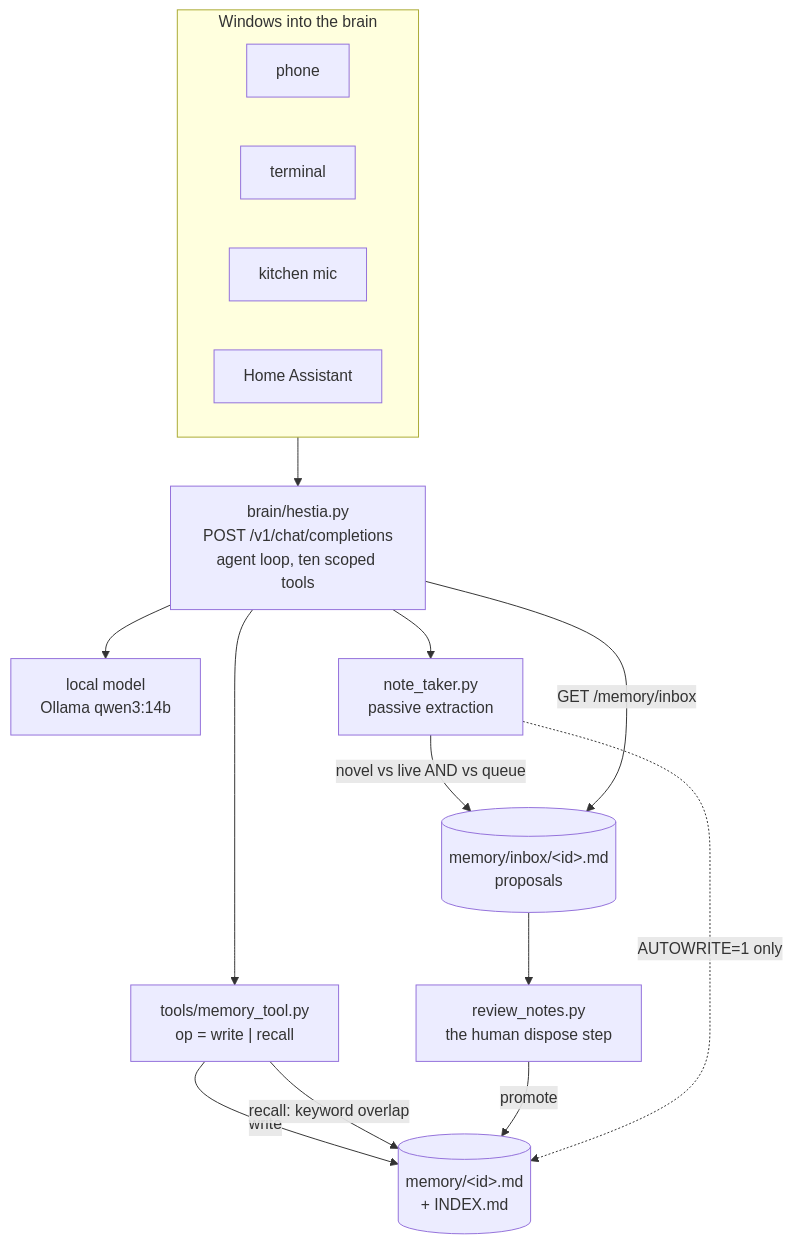
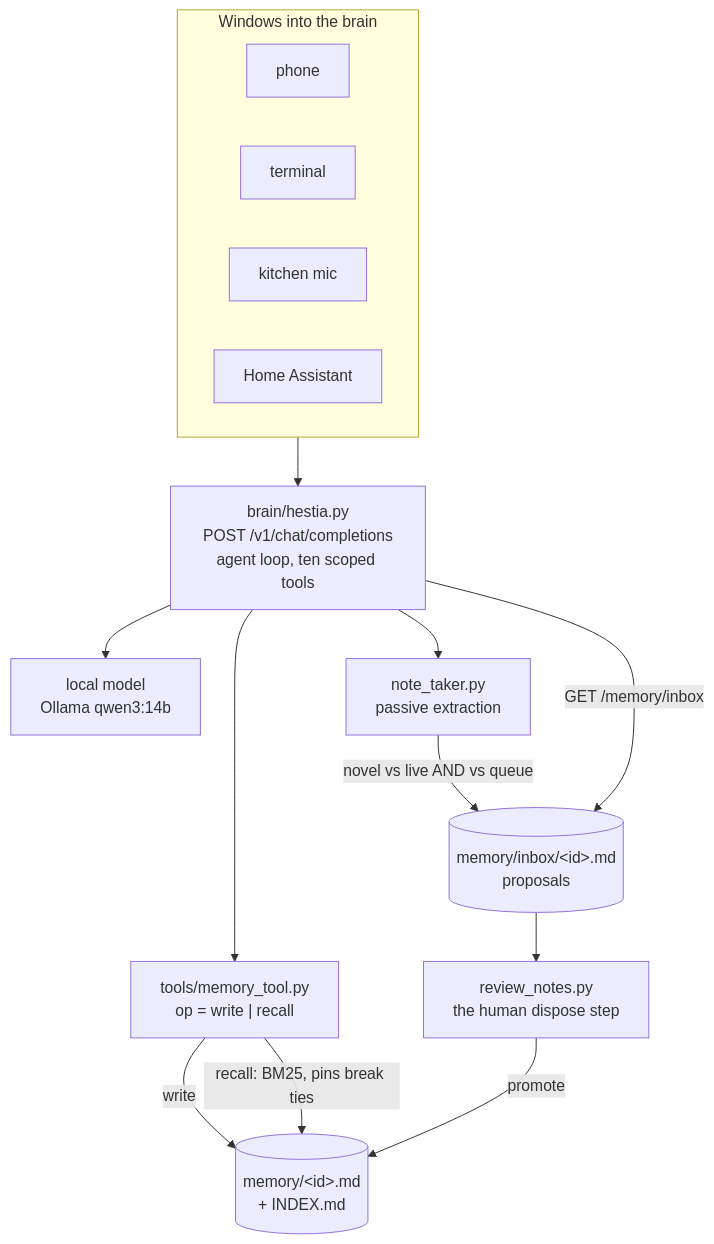
Before and after one commit to neoneye/agent-memory-atlas: the diagram in content/systems/hestia.md, drawn with Mermaid. The commit also changed other lines of this file and 7 other files, not shown here.

First line of the commit message:
Hestia re-read at 71b9e86: the autowrite bypass was closed and a test pins it, and recall became BM25 where pins only break ties

````diff
--- a/content/systems/hestia.md
+++ b/content/systems/hestia.md
@@ -97,29 +100,28 @@
 ```mermaid
 flowchart TD
-%% caption: the model may write through its own tool, and the background extraction may only propose — facts from the note-taker land in a review inbox and reach the live store only when a person promotes them, with the bypass off by default
+%% caption: the model may write through its own tool, and the background extraction may only propose — facts from the note-taker land in a review inbox and reach the live store only when a person promotes them, and no deployment variable opens a path around it
     subgraph clients["Windows into the brain"]
         PHONE["phone"]
         TERM["terminal"]
         MIC["kitchen mic"]
         HA["Home Assistant"]
     end
 
     BRAIN["brain/hestia.py<br/>POST /v1/chat/completions<br/>agent loop, ten scoped tools"]
     LLM["local model<br/>Ollama qwen3:14b"]
 
     TOOL["tools/memory_tool.py<br/>op = write | recall"]
     STORE[("memory/&lt;id&gt;.md<br/>+ INDEX.md")]
     NOTE["note_taker.py<br/>passive extraction"]
     INBOX[("memory/inbox/&lt;id&gt;.md<br/>proposals")]
     REVIEW["review_notes.py<br/>the human dispose step"]
 
     clients --> BRAIN --> LLM
     BRAIN --> TOOL
     TOOL -->|"write"| STORE
-    TOOL -->|"recall: keyword overlap"| STORE
+    TOOL -->|"recall: BM25, pins break ties"| STORE
     BRAIN --> NOTE
     NOTE -->|"novel vs live AND vs queue"| INBOX
     INBOX --> REVIEW -->|"promote"| STORE
-    NOTE -.->|"AUTOWRITE=1 only"| STORE
     BRAIN -->|"GET /memory/inbox"| INBOX
 ```
````
